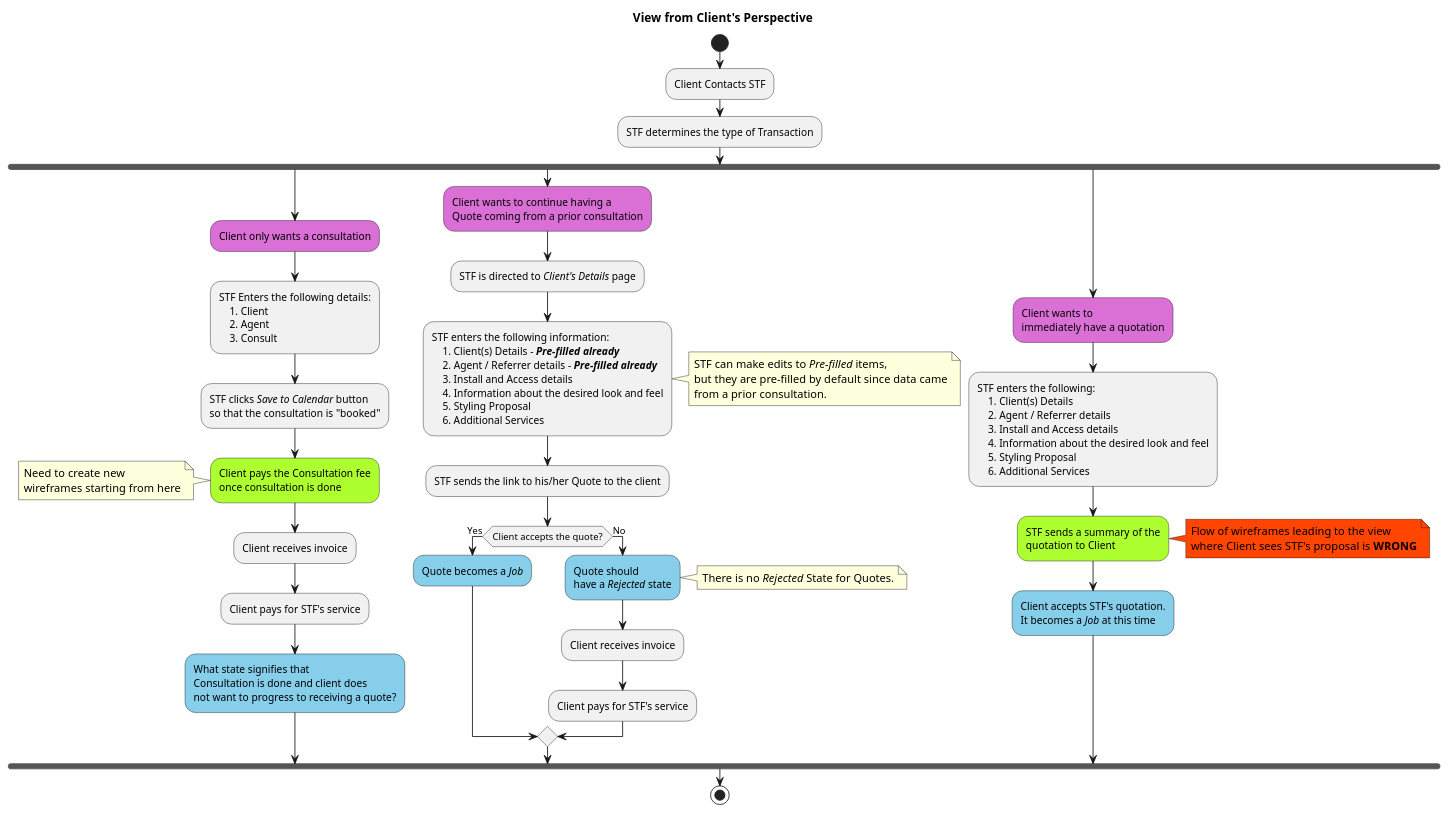
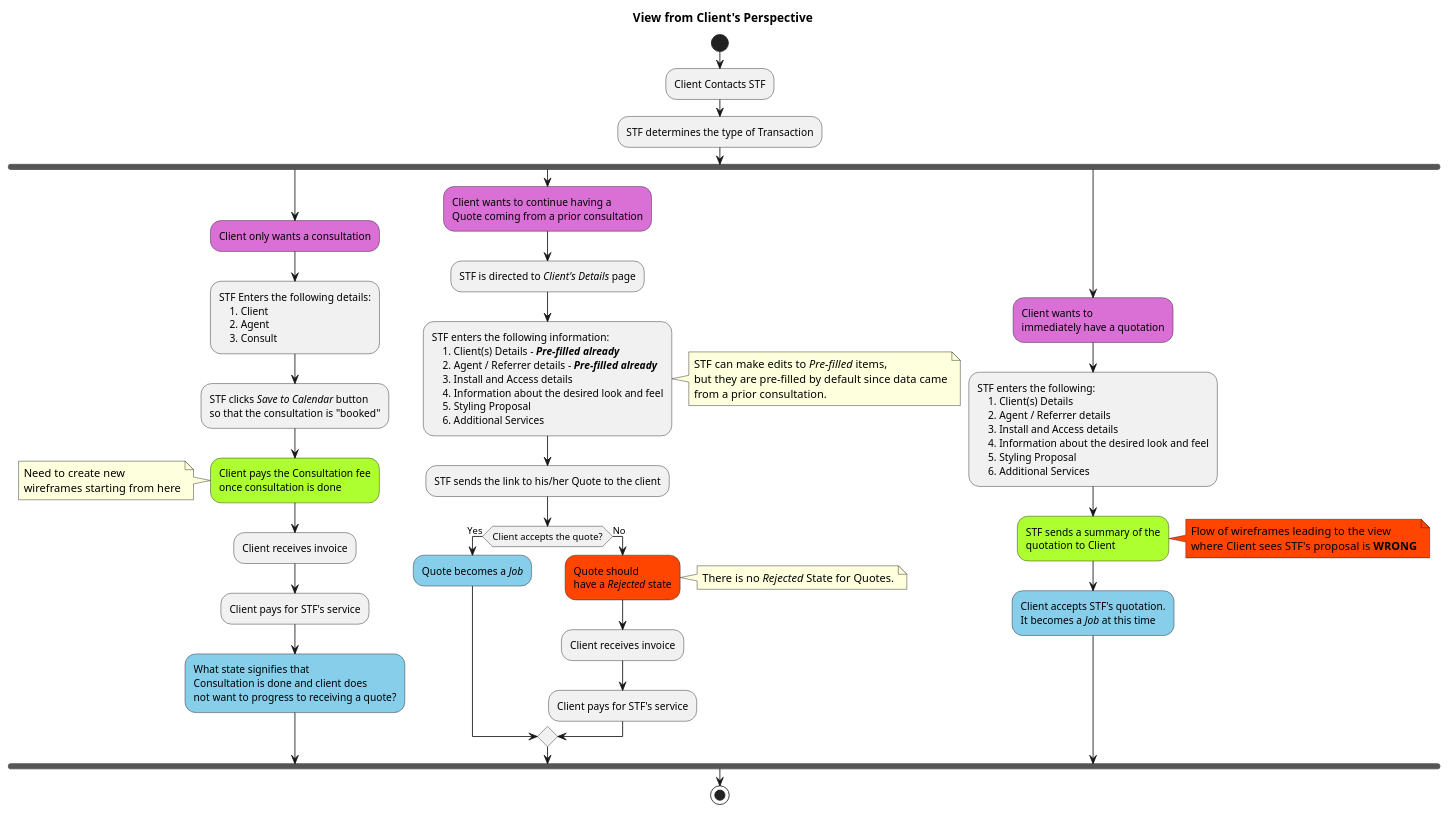
One commit to jpgacrama/NovariSpecs changed the diagram in Client/Client_HighLevelFlow.pu. Above: the diagram before and after it, drawn with PlantUML.

Commit message:
Changed color of Rejected status in Client's perspective
Note that we do not have a Rejected State

```diff
--- a/Client/Client_HighLevelFlow.pu
+++ b/Client/Client_HighLevelFlow.pu
@@ -7,89 +7,89 @@
 @startuml
     title View from Client's Perspective
     start
     :Client Contacts STF;
     :STF determines the type of Transaction;
 
     fork
         #Orchid:Client only wants a consultation;
         :STF Enters the following details:
             1. Client
             2. Agent
             3. Consult;
         :STF clicks //Save to Calendar// button
         so that the consultation is "booked";
         
         #GreenYellow:Client pays the Consultation fee
         once consultation is done;
 
         note left
             Need to create new
             wireframes starting from here
         end note
 
         :Client receives invoice;
         :Client pays for STF's service;
         #SkyBlue:What state signifies that
         Consultation is done and client does
         not want to progress to receiving a quote?;
     
     fork again
         #Orchid:Client wants to continue having a
         Quote coming from a prior consultation;
 
         :STF is directed to //Client's Details// page;
         :STF enters the following information:
             1. Client(s) Details - **//Pre-filled already//**
             2. Agent / Referrer details - **//Pre-filled already//**
             3. Install and Access details
             4. Information about the desired look and feel
             5. Styling Proposal
             6. Additional Services;
 
         note right
             STF can make edits to //Pre-filled// items,
             but they are pre-filled by default since data came
             from a prior consultation.
         end note
 
         :STF sends the link to his/her Quote to the client;
 
         if (Client accepts the quote?) then (Yes)
             #SkyBlue:Quote becomes a //Job//;
         else (No)
-            #SkyBlue:Quote should
+            #OrangeRed:Quote should
             have a //Rejected// state;
 
             note right
                 There is no //Rejected// State for Quotes.
             end note
             :Client receives invoice;
             :Client pays for STF's service;
         endif
 
     fork again
         #Orchid:Client wants to
         immediately have a quotation;
 
         :STF enters the following:
             1. Client(s) Details
             2. Agent / Referrer details
             3. Install and Access details
             4. Information about the desired look and feel
             5. Styling Proposal
             6. Additional Services;
 
         #GreenYellow:STF sends a summary of the
         quotation to Client;
 
         note right #OrangeRed
             Flow of wireframes leading to the view
             where Client sees STF's proposal is **WRONG**
         end note
 
         #SkyBlue:Client accepts STF's quotation.
         It becomes a //Job// at this time;
     end fork
 
     stop
 @enduml
```
